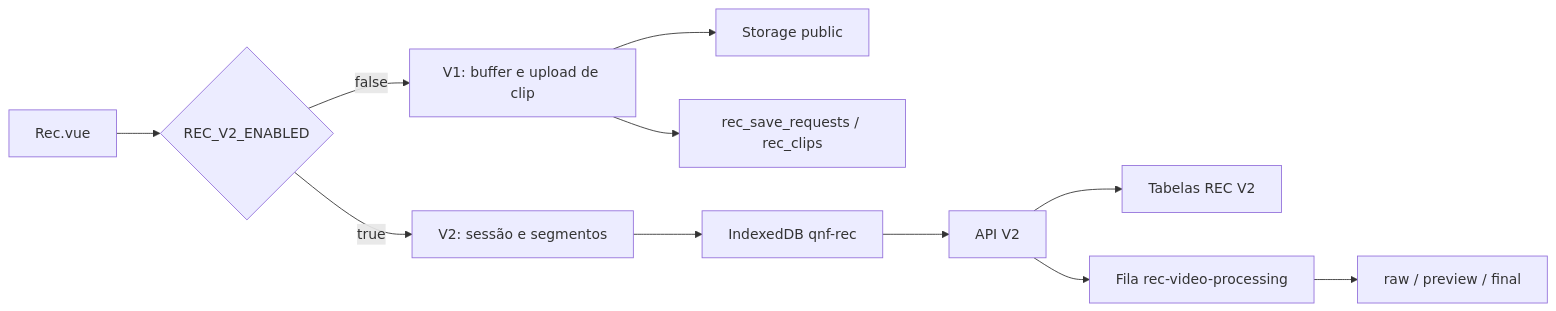
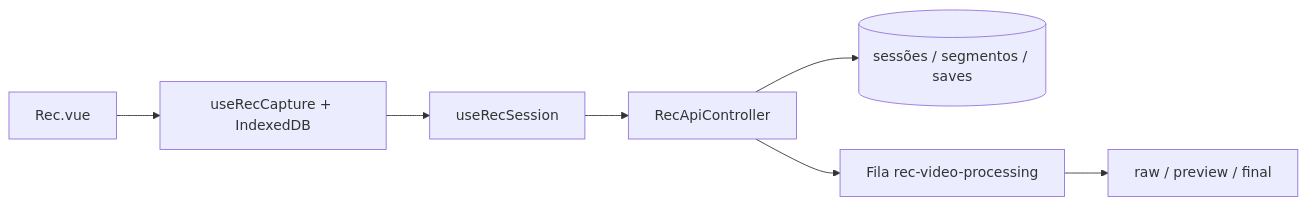
The diagram in docs/rec/architecture.md (CyberAPOKA/qnf), drawn with Mermaid before and after one commit. The commit also changed other lines of this file and 29 other files, not shown here.

````diff
--- a/docs/rec/architecture.md
+++ b/docs/rec/architecture.md
@@ -14,13 +13,9 @@
 ```mermaid
 flowchart LR
-    U[Rec.vue] --> F{REC_V2_ENABLED}
-    F -- false --> V1[V1: buffer e upload de clip]
-    F -- true --> V2[V2: sessão e segmentos]
-    V1 --> S1[Storage public]
-    V1 --> DB1[rec_save_requests / rec_clips]
-    V2 --> IDB[IndexedDB qnf-rec]
-    IDB --> API[API V2]
-    API --> DB2[Tabelas REC V2]
+    U[Rec.vue] --> C[useRecCapture + IndexedDB]
+    C --> S[useRecSession]
+    S --> API[RecApiController]
+    API --> DB[(sessões / segmentos / saves)]
     API --> Q[Fila rec-video-processing]
-    Q --> S2[raw / preview / final]
+    Q --> ST[raw / preview / final]
 ```
````
